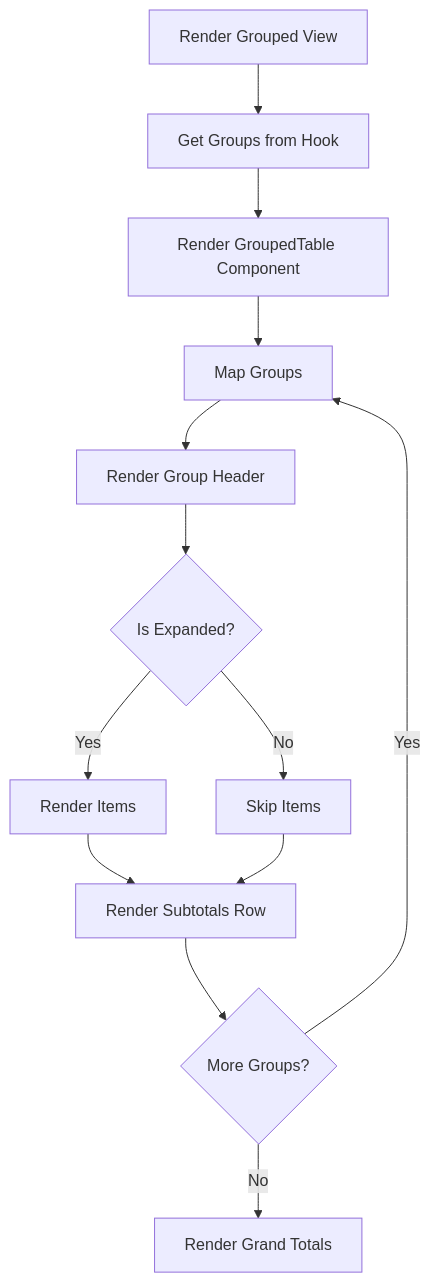
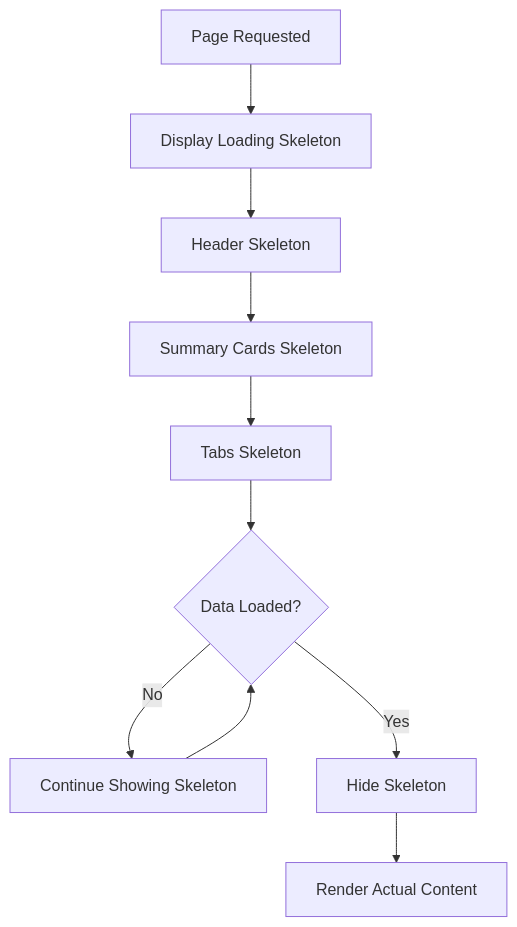
Diagram 14 of 16 in docs/app/inventory-management/stock-overview/stock-cards/FD-stock-cards.md (PeakMNA/carmen), drawn with Mermaid before and after one commit. The commit also changed other lines of this file and 473 other files, not shown here.

````diff
--- a/docs/app/inventory-management/stock-overview/stock-cards/FD-stock-cards.md
+++ b/docs/app/inventory-management/stock-overview/stock-cards/FD-stock-cards.md
@@ -222,15 +328,12 @@
 ```mermaid
 flowchart TD
-    A[Render Grouped View] --> B[Get Groups from Hook]
-    B --> C[Render GroupedTable Component]
-    C --> D[Map Groups]
-    D --> E[Render Group Header]
-    E --> F{Is Expanded?}
-    F -->|Yes| G[Render Items]
-    F -->|No| H[Skip Items]
-    G --> I[Render Subtotals Row]
-    H --> I
-    I --> J{More Groups?}
-    J -->|Yes| D
-    J -->|No| K[Render Grand Totals]
+    A[Page Requested] --> B[Display Loading Skeleton]
+    B --> C[Header Skeleton]
+    C --> D[Summary Cards Skeleton]
+    D --> E[Tabs Skeleton]
+    E --> F{Data Loaded?}
+    F -->|No| G[Continue Showing Skeleton]
+    G --> F
+    F -->|Yes| H[Hide Skeleton]
+    H --> I[Render Actual Content]
 ```
````
